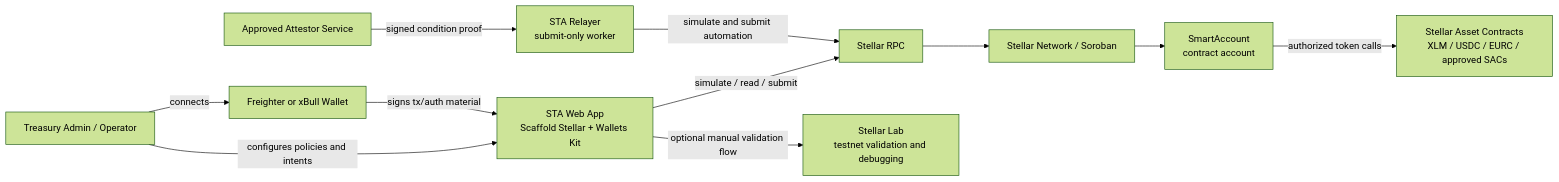
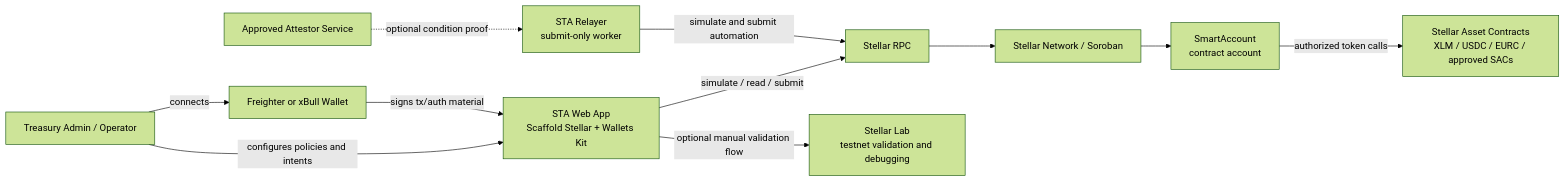
The second of 14 diagrams in docs/TECHNICAL_ARCHITECTURE.md (Frihat-dev/smart-wallet-stellar), drawn with Mermaid (forest theme) before and after one commit. The commit also changed other lines of this file, not shown here.

Commit message:
docs: align technical architecture with launch scope

````diff
--- a/docs/TECHNICAL_ARCHITECTURE.md
+++ b/docs/TECHNICAL_ARCHITECTURE.md
@@ -311,24 +310,24 @@
 ```mermaid
 flowchart LR
     Admin["Treasury Admin / Operator"]
     Wallet["Freighter or xBull Wallet"]
     WebApp["STA Web App<br/>Scaffold Stellar + Wallets Kit"]
     Relayer["STA Relayer<br/>submit-only worker"]
     Attestor["Approved Attestor Service"]
     RPC["Stellar RPC"]
     Lab["Stellar Lab<br/>testnet validation and debugging"]
     Soroban["Stellar Network / Soroban"]
     STA["SmartAccount<br/>contract account"]
     SAC["Stellar Asset Contracts<br/>XLM / USDC / EURC / approved SACs"]
 
     Admin -->|"connects"| Wallet
     Admin -->|"configures policies and intents"| WebApp
     Wallet -->|"signs tx/auth material"| WebApp
     WebApp -->|"simulate / read / submit"| RPC
     WebApp -->|"optional manual validation flow"| Lab
     Relayer -->|"simulate and submit automation"| RPC
-    Attestor -->|"signed condition proof"| Relayer
+    Attestor -. "optional condition proof" .-> Relayer
     RPC --> Soroban
     Soroban --> STA
     STA -->|"authorized token calls"| SAC
 ```
````
